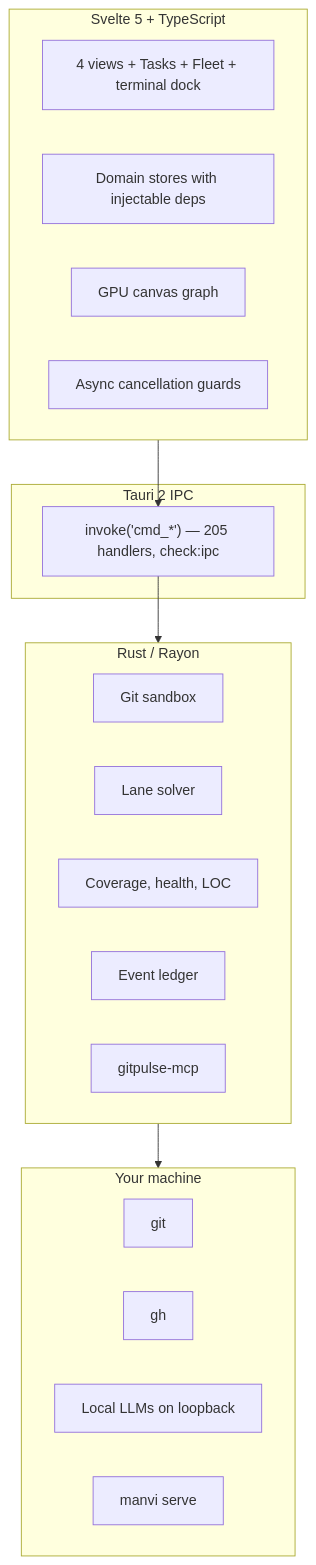
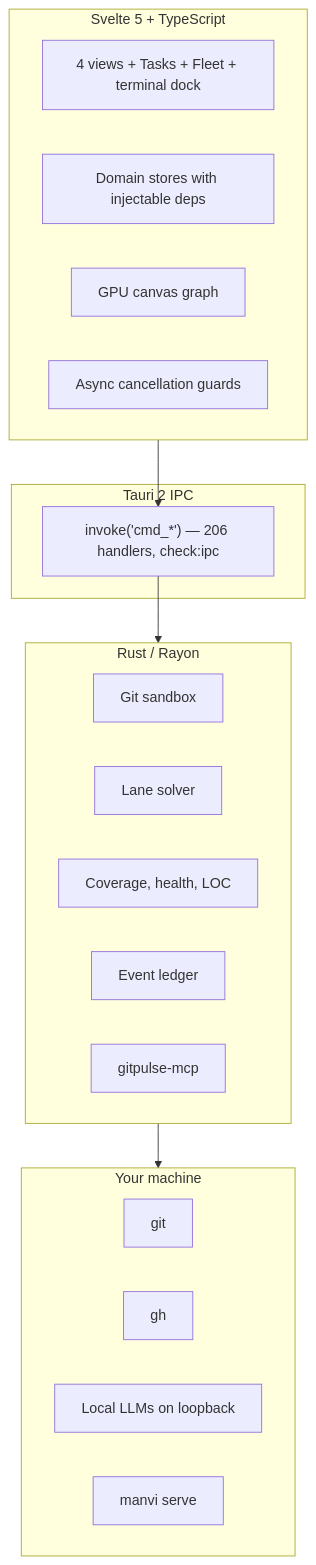
Before and after one commit to bharathvbcr/GitPulse: the diagram in wiki/Architecture.md, drawn with Mermaid. The commit also changed other lines of this file and 104 other files, not shown here.

````diff
--- a/wiki/Architecture.md
+++ b/wiki/Architecture.md
@@ -5,27 +5,27 @@
 ```mermaid
 flowchart TB
     subgraph Frontend["Svelte 5 + TypeScript"]
         Views["4 views + Tasks + Fleet + terminal dock"]
         Stores["Domain stores with injectable deps"]
         Canvas["GPU canvas graph"]
         Guards["Async cancellation guards"]
     end
     subgraph IPC["Tauri 2 IPC"]
-        Bridge["invoke('cmd_*') — 205 handlers, check:ipc"]
+        Bridge["invoke('cmd_*') — 206 handlers, check:ipc"]
     end
     subgraph Backend["Rust / Rayon"]
         Git["Git sandbox"]
         Graph["Lane solver"]
         Analyzers["Coverage, health, LOC"]
         Ledger["Event ledger"]
         MCP["gitpulse-mcp"]
     end
     subgraph Local["Your machine"]
         GitCLI["git"]
         GhCLI["gh"]
         LLM["Local LLMs on loopback"]
         Manvi["manvi serve"]
     end
     Frontend --> Bridge --> Backend
     Backend --> Local
 ```
````
